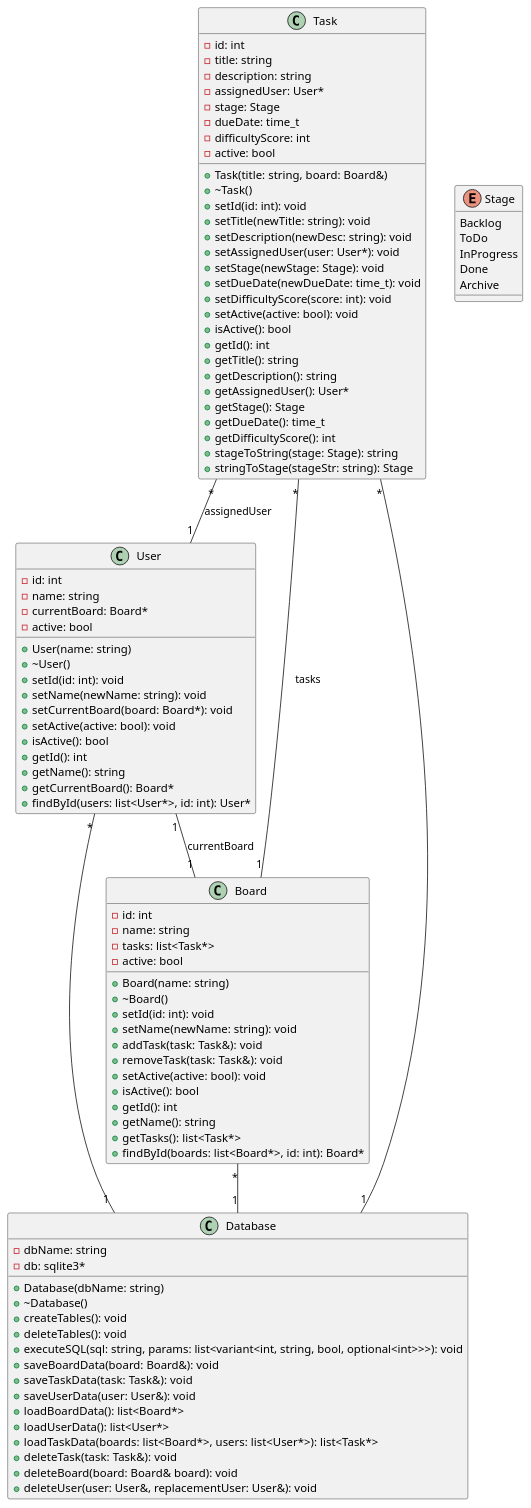
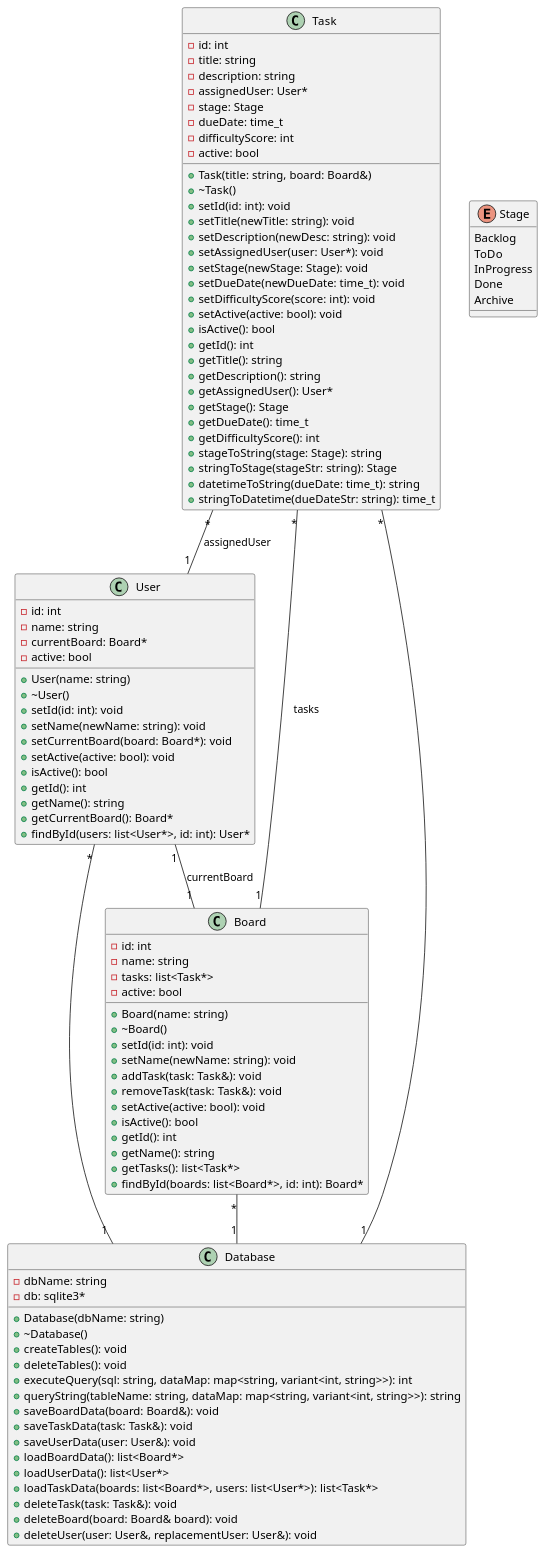
The diagram in diagrams/classUML.puml (travisformayor/cli_kanban), drawn with PlantUML before and after one commit.

Commit message:
updates to db query

```diff
--- a/diagrams/classUML.puml
+++ b/diagrams/classUML.puml
@@ -1,105 +1,108 @@
 @startuml classUML
 
 Task "*" -- "1" User : assignedUser
 Task "*" -- "1" Board : tasks
 Task "*" -- "1" Database
 Board "*" -- "1" Database
 User "*" -- "1" Database
 User "1" -- "1" Board : currentBoard
 
 class Task {
   -id: int
   -title: string
   -description: string
   -assignedUser: User*
   -stage: Stage
   -dueDate: time_t
   -difficultyScore: int
   -active: bool
   +Task(title: string, board: Board&)
   +~Task()
   +setId(id: int): void
   +setTitle(newTitle: string): void
   +setDescription(newDesc: string): void
   +setAssignedUser(user: User*): void
   +setStage(newStage: Stage): void
   +setDueDate(newDueDate: time_t): void
   +setDifficultyScore(score: int): void
   +setActive(active: bool): void
   +isActive(): bool
   +getId(): int
   +getTitle(): string
   +getDescription(): string
   +getAssignedUser(): User*
   +getStage(): Stage
   +getDueDate(): time_t
   +getDifficultyScore(): int
   +stageToString(stage: Stage): string
   +stringToStage(stageStr: string): Stage
+  +datetimeToString(dueDate: time_t): string
+  +stringToDatetime(dueDateStr: string): time_t
 }
 
 enum Stage {
   Backlog
   ToDo
   InProgress
   Done
   Archive
 }
 
 class User {
   -id: int
   -name: string
   -currentBoard: Board*
   -active: bool
   +User(name: string)
   +~User()
   +setId(id: int): void
   +setName(newName: string): void
   +setCurrentBoard(board: Board*): void
   +setActive(active: bool): void
   +isActive(): bool
   +getId(): int
   +getName(): string
   +getCurrentBoard(): Board*
   +findById(users: list<User*>, id: int): User*
 }
 
 class Board {
   -id: int
   -name: string
   -tasks: list<Task*>
   -active: bool
   +Board(name: string)
   +~Board()
   +setId(id: int): void
   +setName(newName: string): void
   +addTask(task: Task&): void
   +removeTask(task: Task&): void
   +setActive(active: bool): void
   +isActive(): bool
   +getId(): int
   +getName(): string
   +getTasks(): list<Task*>
   +findById(boards: list<Board*>, id: int): Board*
 }
 
 class Database {
   -dbName: string
   -db: sqlite3*
   +Database(dbName: string)
   +~Database()
   +createTables(): void
   +deleteTables(): void
-  +executeSQL(sql: string, params: list<variant<int, string, bool, optional<int>>>): void
+  +executeQuery(sql: string, dataMap: map<string, variant<int, string>>): int
+  +queryString(tableName: string, dataMap: map<string, variant<int, string>>): string
   +saveBoardData(board: Board&): void
   +saveTaskData(task: Task&): void
   +saveUserData(user: User&): void
   +loadBoardData(): list<Board*>
   +loadUserData(): list<User*>
   +loadTaskData(boards: list<Board*>, users: list<User*>): list<Task*>
   +deleteTask(task: Task&): void
   +deleteBoard(board: Board& board): void
   +deleteUser(user: User&, replacementUser: User&): void
 }
 
 @enduml
```
